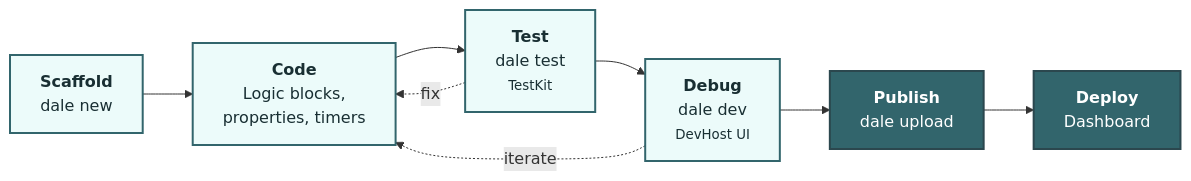
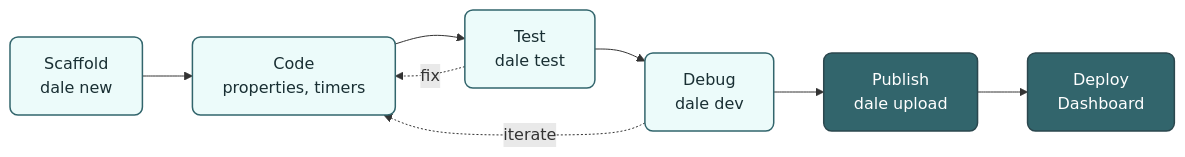
The second of 4 diagrams in docs/introduction/what-is-vion.md (VION-IoT/documentation), drawn with Mermaid before and after one commit. The commit also changed other lines of this file and 2 other files, not shown here.

First line of the commit message:
Improve mermaid diagram styling and fix node text clipping

````diff
--- a/docs/introduction/what-is-vion.md
+++ b/docs/introduction/what-is-vion.md
@@ -49,17 +53,19 @@
 ```mermaid
 flowchart LR
-    A["<b>Scaffold</b><br/>dale new"] --> B["<b>Code</b><br/>Logic blocks,<br/>properties, timers"]
-    B --> C["<b>Test</b><br/>dale test<br/><small>TestKit</small>"]
-    C --> D["<b>Debug</b><br/>dale dev<br/><small>DevHost UI</small>"]
-    D --> E["<b>Publish</b><br/>dale upload"]
-    E --> F["<b>Deploy</b><br/>Dashboard"]
+    A["Scaffold<br/>dale new"]
+    B["Code<br/>properties, timers"]
+    C["Test<br/>dale test"]
+    D["Debug<br/>dale dev"]
+    E["Publish<br/>dale upload"]
+    F["Deploy<br/>Dashboard"]
+
+    A --> B --> C --> D --> E --> F
     C -.->|"fix"| B
     D -.->|"iterate"| B
 
-    style A fill:#ecfbfa,stroke:#32656c,stroke-width:2px,color:#192f33
-    style B fill:#ecfbfa,stroke:#32656c,stroke-width:2px,color:#192f33
-    style C fill:#ecfbfa,stroke:#32656c,stroke-width:2px,color:#192f33
-    style D fill:#ecfbfa,stroke:#32656c,stroke-width:2px,color:#192f33
-    style E fill:#32656c,stroke:#2b474e,stroke-width:2px,color:#ffffff
-    style F fill:#32656c,stroke:#2b474e,stroke-width:2px,color:#ffffff
+    classDef dev fill:#ecfbfa,stroke:#32656c,stroke-width:1.5px,color:#192f33,rx:8
+    classDef cloud fill:#32656c,stroke:#2b474e,stroke-width:1.5px,color:#ffffff,rx:8
+
+    class A,B,C,D dev
+    class E,F cloud
 ```
````
